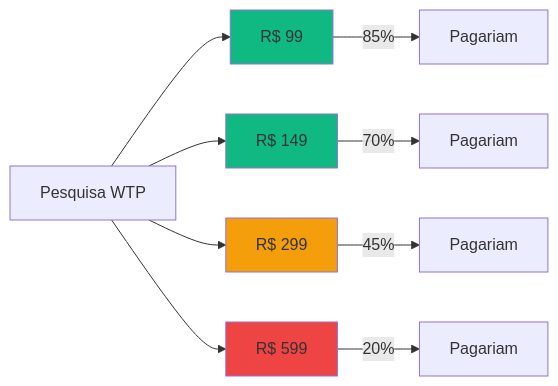
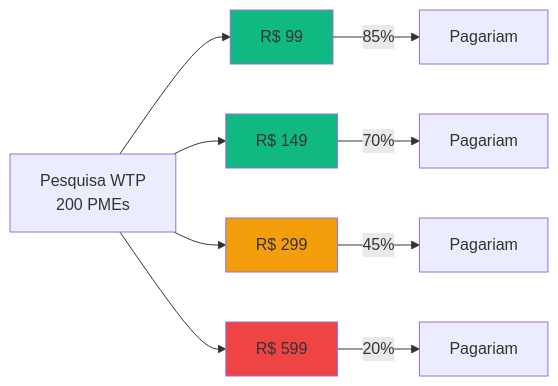
Before and after one commit to matheusmendes720/workconnect-tcc: the eighth of 11 diagrams in documentation/docs/estrategia/analise-mercado.mdx, drawn with Mermaid. The commit also changed other lines of this file and 16 other files, not shown here.

````diff
--- a/documentation/docs/estrategia/analise-mercado.mdx
+++ b/documentation/docs/estrategia/analise-mercado.mdx
@@ -236,17 +234,17 @@
 ```mermaid
 flowchart LR
-    A[Pesquisa WTP] --> B[R$ 99]
+    A[Pesquisa WTP<br/>200 PMEs] --> B[R$ 99]
     A --> C[R$ 149]
     A --> D[R$ 299]
     A --> E[R$ 599]
-    
+
     B -->|85%| P1[Pagariam]
     C -->|70%| P2[Pagariam]
     D -->|45%| P3[Pagariam]
     E -->|20%| P4[Pagariam]
-    
+
     style B fill:#10b981
     style C fill:#10b981
     style D fill:#f59e0b
     style E fill:#ef4444
 ```
````
